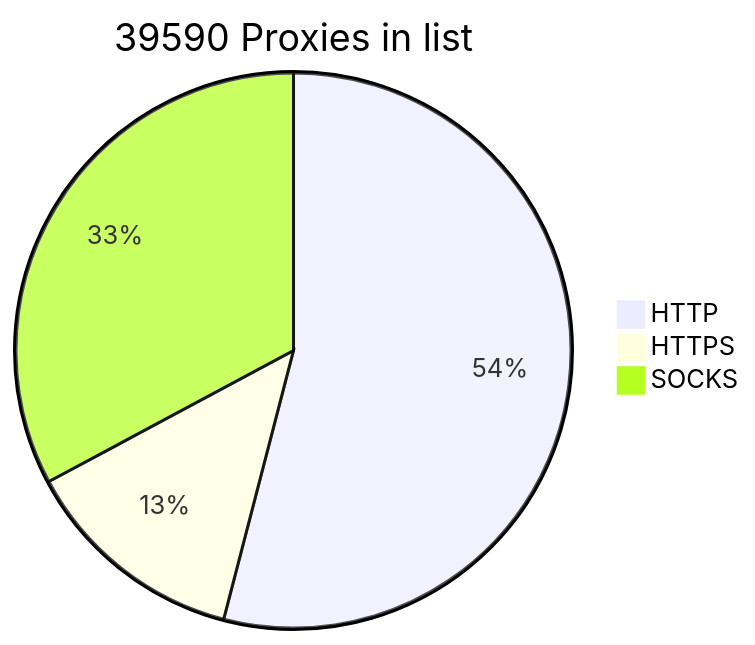
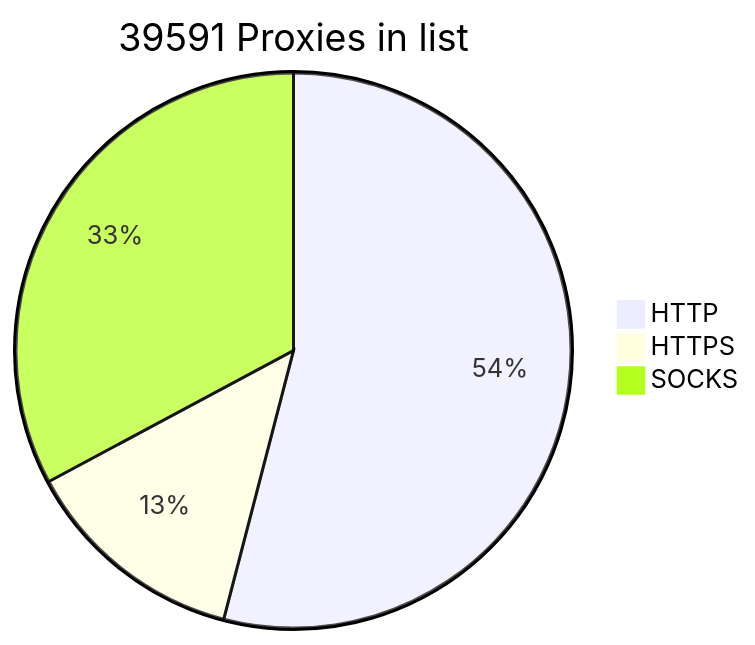
One commit to BlackSnowDot/proxylist-update-every-minute changed the diagram in README.md. Above: the diagram before and after it, drawn with Mermaid.

````diff
--- a/README.md
+++ b/README.md
@@ -2,6 +2,6 @@
 ```mermaid
-pie title 39590 Proxies in list
+pie title 39591 Proxies in list
     "HTTP" : 23714
-    "HTTPS": 5760
+    "HTTPS": 5761
     "SOCKS" : 14403
 ```
````
